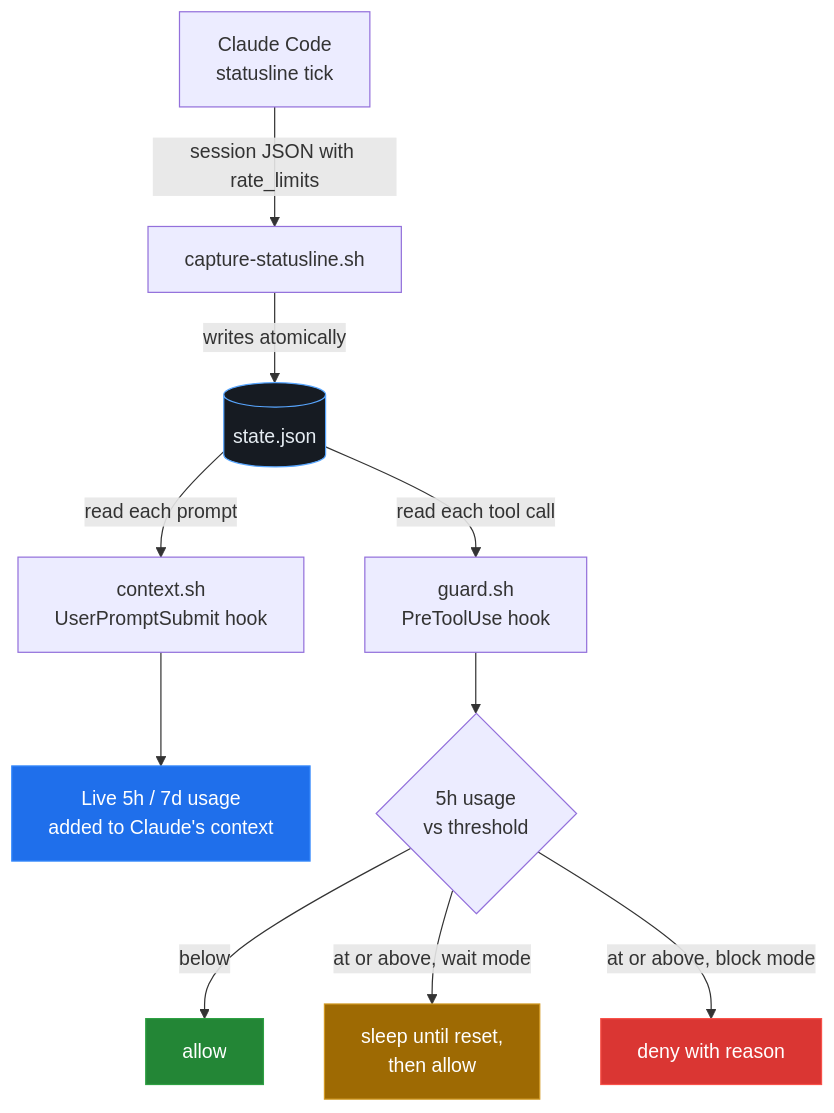
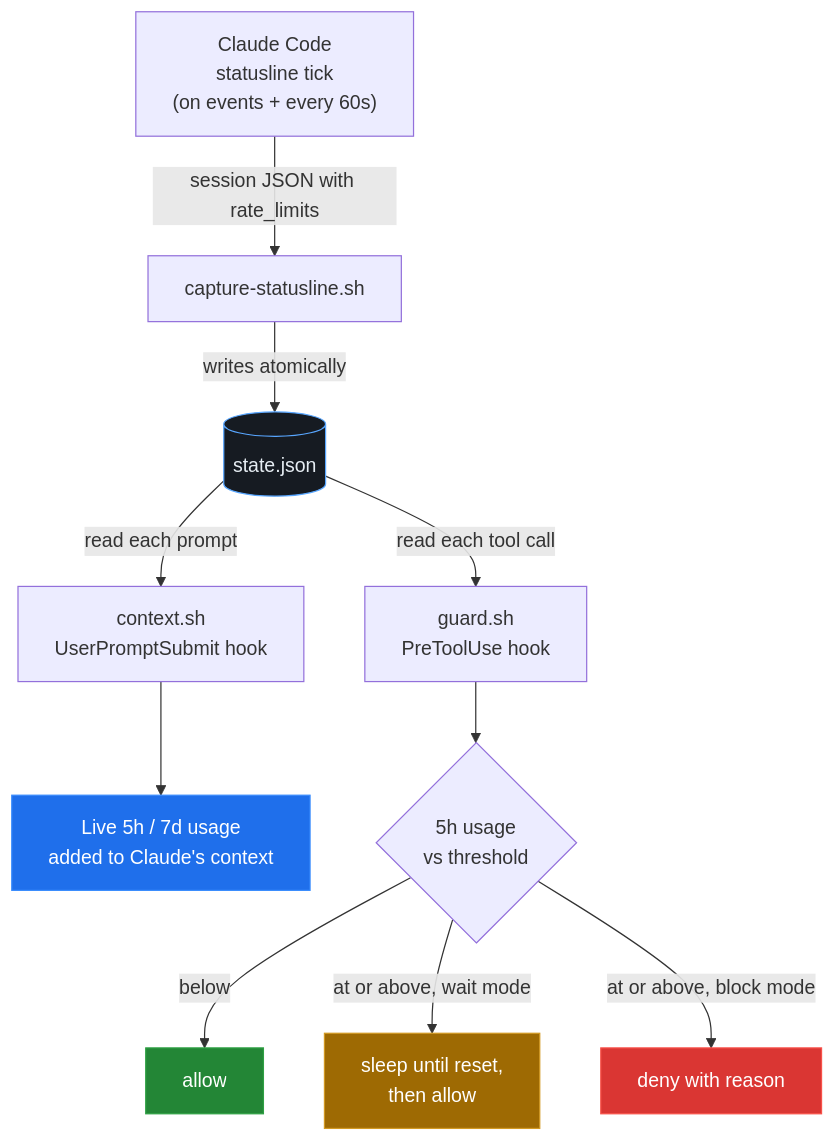
Before and after one commit to gokhanarkan/claude-usage-guard: the diagram in README.md, drawn with Mermaid. The commit also changed other lines of this file and 3 other files, not shown here.

````diff
--- a/README.md
+++ b/README.md
@@ -29,18 +29,18 @@
 ```mermaid
 flowchart TD
-    A["Claude Code<br/>statusline tick"] -->|"session JSON with rate_limits"| B["capture-statusline.sh"]
+    A["Claude Code<br/>statusline tick<br/>(on events + every 60s)"] -->|"session JSON with rate_limits"| B["capture-statusline.sh"]
     B -->|"writes atomically"| C[("state.json")]
     C -->|"read each prompt"| D["context.sh<br/>UserPromptSubmit hook"]
     C -->|"read each tool call"| E["guard.sh<br/>PreToolUse hook"]
     D --> F["Live 5h / 7d usage<br/>added to Claude's context"]
     E --> G{"5h usage<br/>vs threshold"}
     G -->|"below"| H["allow"]
     G -->|"at or above, wait mode"| I["sleep until reset,<br/>then allow"]
     G -->|"at or above, block mode"| J["deny with reason"]
 
     style C fill:#161b22,stroke:#58a6ff,color:#e6edf3
     style F fill:#1f6feb,stroke:#388bfd,color:#ffffff
     style H fill:#238636,stroke:#2ea043,color:#ffffff
     style I fill:#9e6a03,stroke:#d29922,color:#ffffff
     style J fill:#da3633,stroke:#f85149,color:#ffffff
 ```
````
